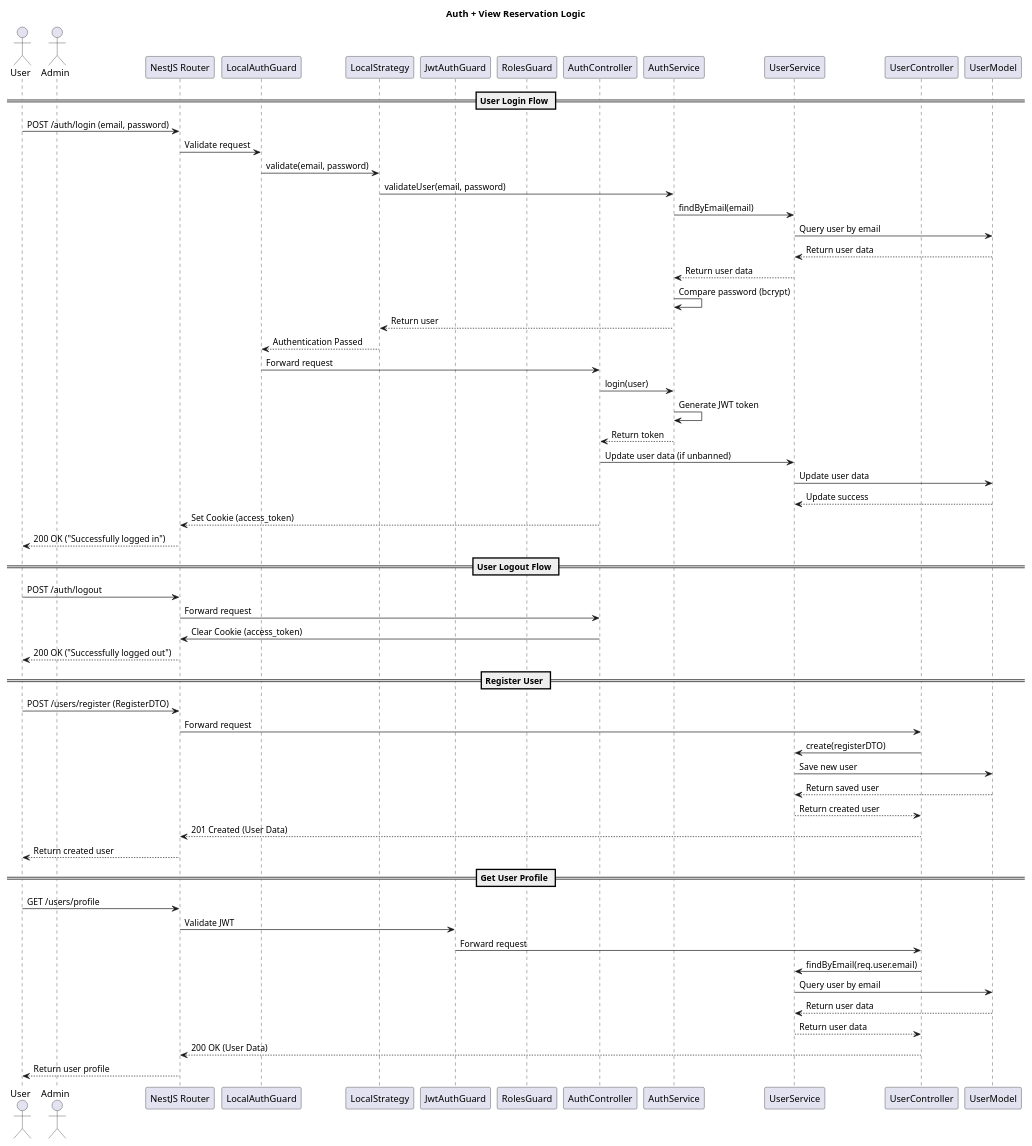
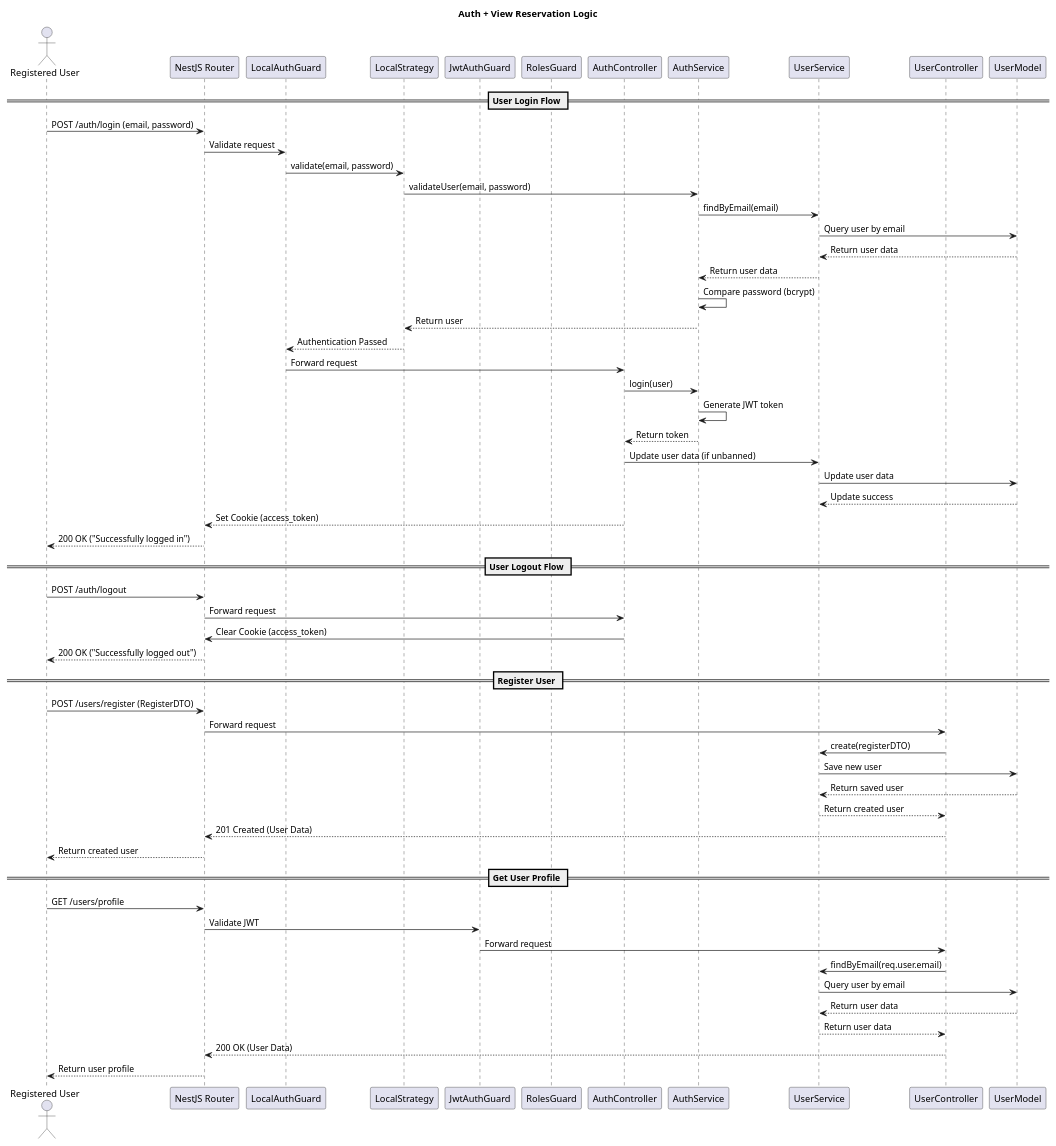
The diagram in puml/allAuthentication.puml (tusaunyapat/coworkingspace-reservation), drawn with PlantUML before and after one commit. The commit also changed 5 other files, not shown here.

```diff
--- a/puml/allAuthentication.puml
+++ b/puml/allAuthentication.puml
@@ -3,68 +3,68 @@
 @startuml
 title Auth + View Reservation Logic
 
-actor User
-actor Admin
+actor "Registered User" as User
+
 
 participant "NestJS Router" as Router
 participant "LocalAuthGuard" as LocalAuthGuard
 participant "LocalStrategy" as Strategy
 participant "JwtAuthGuard" as JwtAuthGuard
 participant "RolesGuard" as RolesGuard
 participant "AuthController" as AuthController
 participant "AuthService" as AuthService
 participant "UserService" as UserService
 participant "UserController" as UserController
 participant "UserModel" as Database
 
 == User Login Flow ==
 User -> Router: POST /auth/login (email, password)
 Router -> LocalAuthGuard: Validate request
 LocalAuthGuard -> Strategy: validate(email, password)
 Strategy -> AuthService: validateUser(email, password)
 AuthService -> UserService: findByEmail(email)
 UserService -> Database: Query user by email
 Database --> UserService: Return user data
 UserService --> AuthService: Return user data
 AuthService -> AuthService: Compare password (bcrypt)
 AuthService --> Strategy: Return user
 Strategy --> LocalAuthGuard: Authentication Passed
 LocalAuthGuard -> AuthController: Forward request
 AuthController -> AuthService: login(user)
 AuthService -> AuthService: Generate JWT token
 AuthService --> AuthController: Return token
 AuthController -> UserService: Update user data (if unbanned)
 UserService -> Database: Update user data
 Database --> UserService: Update success
 AuthController --> Router: Set Cookie (access_token)
 Router --> User: 200 OK ("Successfully logged in")
 
 == User Logout Flow ==
 User -> Router: POST /auth/logout
 Router -> AuthController: Forward request
 AuthController -> Router: Clear Cookie (access_token)
 Router --> User: 200 OK ("Successfully logged out")
 
 == Register User ==
 User -> Router: POST /users/register (RegisterDTO)
 Router -> UserController: Forward request
 UserController -> UserService: create(registerDTO)
 UserService -> Database: Save new user
 Database --> UserService: Return saved user
 UserService --> UserController: Return created user
 UserController --> Router: 201 Created (User Data)
 Router --> User: Return created user
 
 == Get User Profile ==
 User -> Router: GET /users/profile
 Router -> JwtAuthGuard: Validate JWT
 JwtAuthGuard -> UserController: Forward request
 UserController -> UserService: findByEmail(req.user.email)
 UserService -> Database: Query user by email
 Database --> UserService: Return user data
 UserService --> UserController: Return user data
 UserController --> Router: 200 OK (User Data)
 Router --> User: Return user profile
 
 
 @enduml
```
